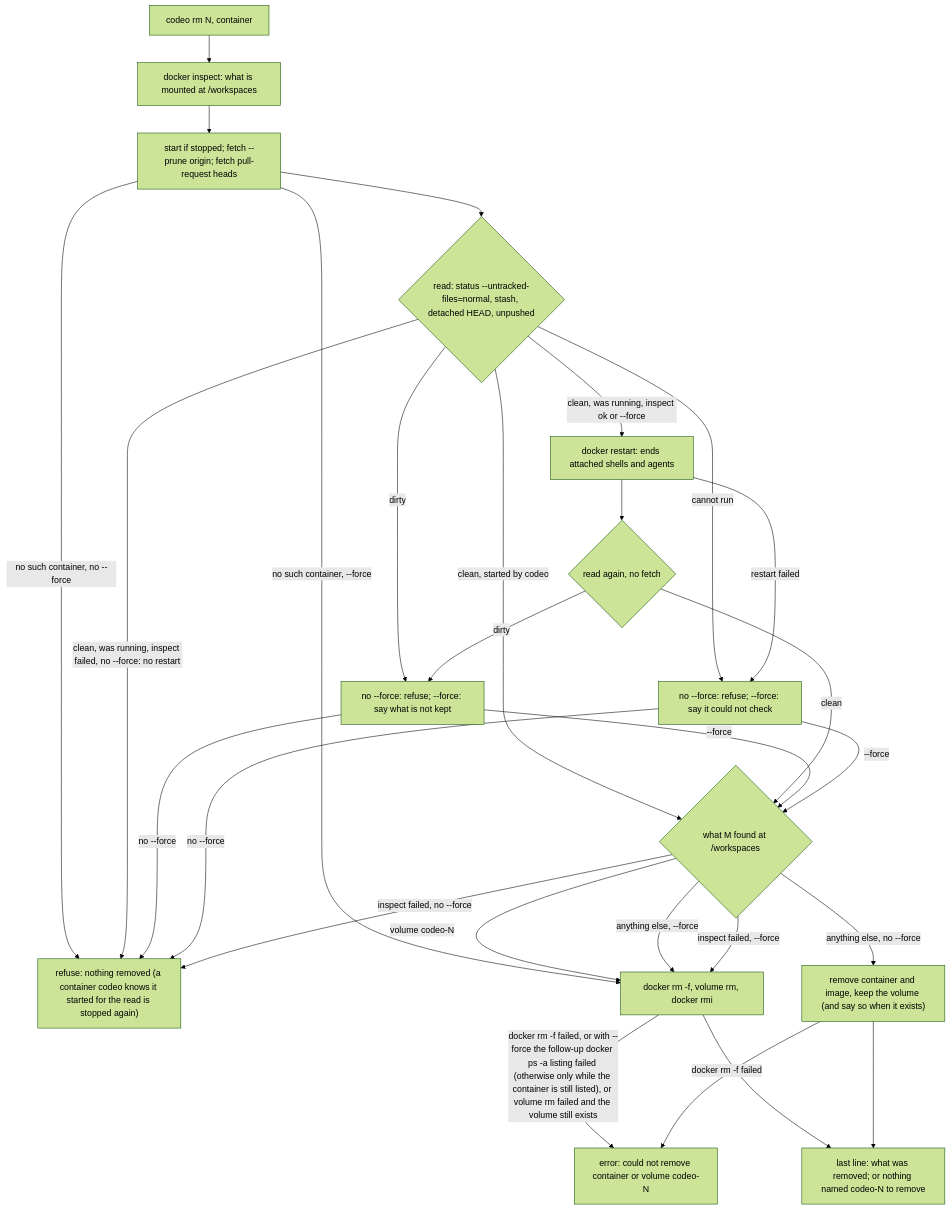
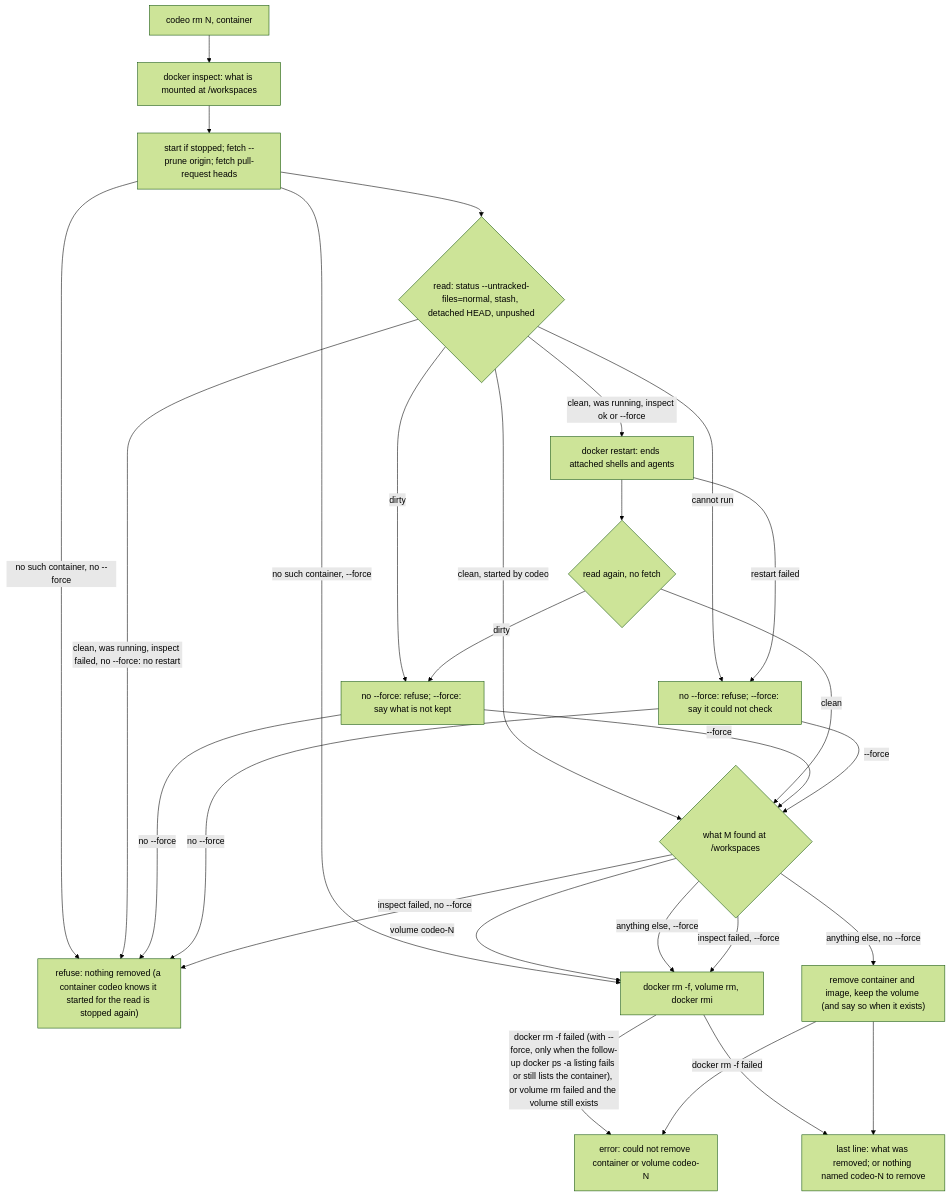
One commit to kbajpai/codeo changed the second of 3 diagrams in .devcontainer/README.md. Above: the diagram before and after it, drawn with Mermaid (forest theme).

Commit message:
Make the G edge label of the removal flowchart true under --force
Answers qc round 2 F3 of #161: with --force a failed docker rm -f ends in an
error only when the follow-up docker ps -a listing fails or still lists the
container; the listing runs only after docker rm -f has failed.

Refs #161

Claude-Session: https://claude.ai/code/session_01Sa1Zqe38ozSp8T3AtTqLHd

````diff
--- a/.devcontainer/README.md
+++ b/.devcontainer/README.md
@@ -195,30 +195,30 @@
 ```mermaid
 flowchart TD
     A["codeo rm N, container"] --> M["docker inspect: what is mounted at /workspaces"]
     M --> B["start if stopped; fetch --prune origin; fetch pull-request heads"]
     B -- "no such container, no --force" --> Q["refuse: nothing removed (a container codeo knows it started for the read is stopped again)"]
     B -- "no such container, --force" --> G
     B --> C{"read: status --untracked-files=normal, stash, detached HEAD, unpushed"}
     C -- "dirty" --> R["no --force: refuse; --force: say what is not kept"]
     C -- "cannot run" --> X["no --force: refuse; --force: say it could not check"]
     C -- "clean, started by codeo" --> F
     C -- "clean, was running, inspect failed, no --force: no restart" --> Q
     C -- "clean, was running, inspect ok or --force" --> D["docker restart: ends attached shells and agents"]
     D -- "restart failed" --> X
     D --> E{"read again, no fetch"}
     E -- "dirty" --> R
     E -- "clean" --> F{"what M found at /workspaces"}
     R -- "--force" --> F
     X -- "--force" --> F
     R -- "no --force" --> Q
     X -- "no --force" --> Q
     F -- "volume codeo-N" --> G["docker rm -f, volume rm, docker rmi"]
     F -- "anything else, --force" --> G
     F -- "anything else, no --force" --> H["remove container and image, keep the volume (and say so when it exists)"]
     F -- "inspect failed, --force" --> G
     F -- "inspect failed, no --force" --> Q
-    G -- "docker rm -f failed, or with --force the follow-up docker ps -a listing failed (otherwise only while the container is still listed), or volume rm failed and the volume still exists" --> Y["error: could not remove container or volume codeo-N"]
+    G -- "docker rm -f failed (with --force, only when the follow-up docker ps -a listing fails or still lists the container), or volume rm failed and the volume still exists" --> Y["error: could not remove container or volume codeo-N"]
     H -- "docker rm -f failed" --> Y
     G --> Z["last line: what was removed; or nothing named codeo-N to remove"]
     H --> Z
 ```
````
